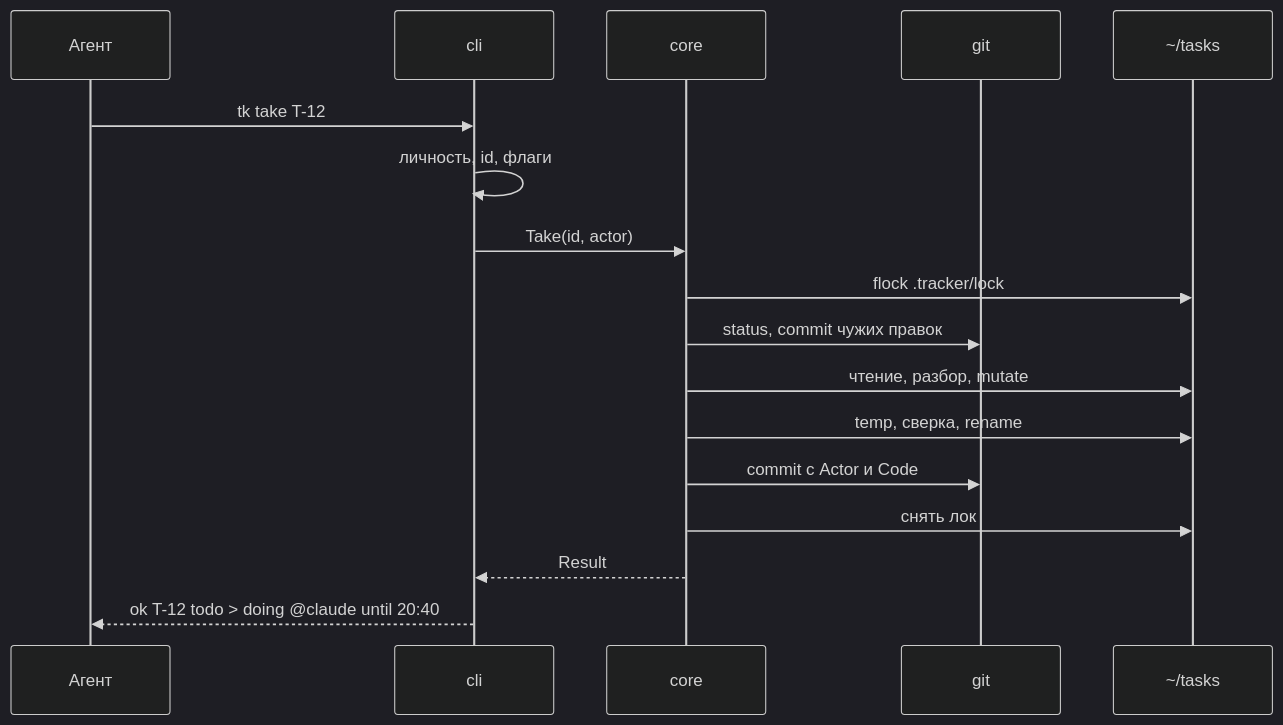
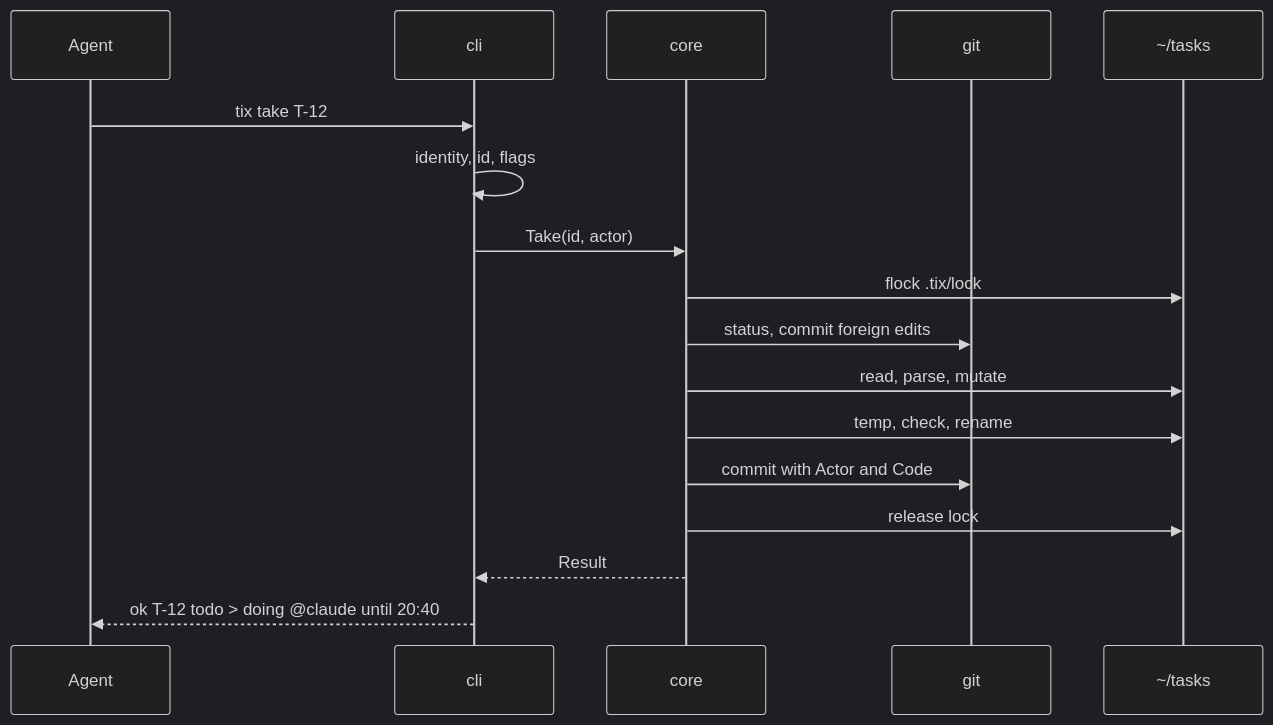
Before and after one commit to daniil4545/tix: the third of 4 diagrams in docs/architecture.md, drawn with Mermaid (dark theme). The commit also changed other lines of this file and 12 other files, not shown here.

First line of the commit message:
docs: translate spec, decisions, architecture and project docs to English

````diff
--- a/docs/architecture.md
+++ b/docs/architecture.md
@@ -105,19 +105,19 @@
 ```mermaid
 sequenceDiagram
-  participant A as Агент
+  participant A as Agent
   participant C as cli
   participant K as core
   participant G as git
   participant F as ~/tasks
-  A->>C: tk take T-12
-  C->>C: личность, id, флаги
+  A->>C: tix take T-12
+  C->>C: identity, id, flags
   C->>K: Take(id, actor)
-  K->>F: flock .tracker/lock
-  K->>G: status, commit чужих правок
-  K->>F: чтение, разбор, mutate
-  K->>F: temp, сверка, rename
-  K->>G: commit с Actor и Code
-  K->>F: снять лок
+  K->>F: flock .tix/lock
+  K->>G: status, commit foreign edits
+  K->>F: read, parse, mutate
+  K->>F: temp, check, rename
+  K->>G: commit with Actor and Code
+  K->>F: release lock
   K-->>C: Result
   C-->>A: ok T-12 todo > doing @claude until 20:40
 ```
````
